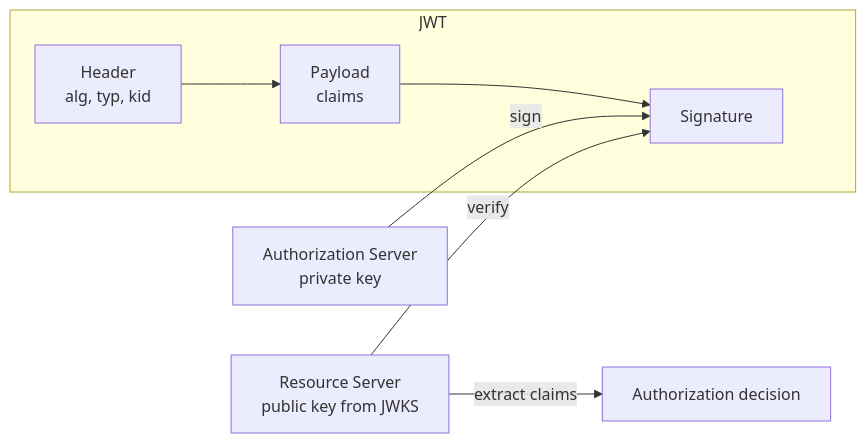
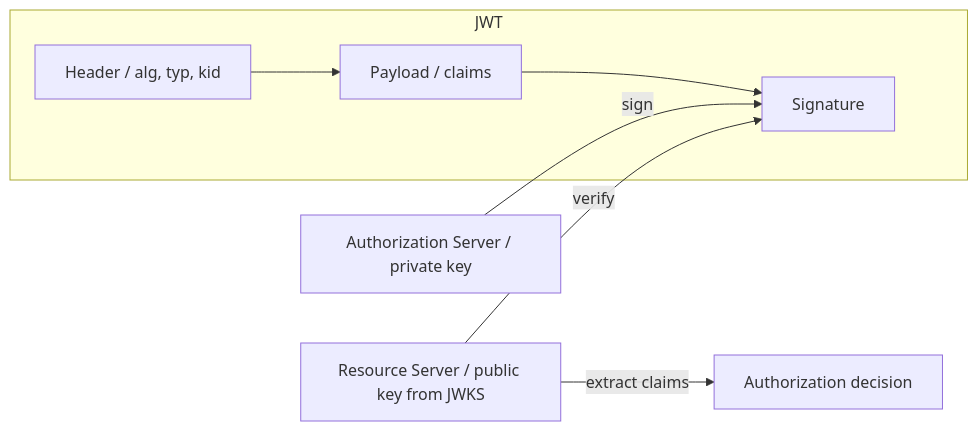
The seventh of 25 diagrams in 10-security/README.md (hareramcse/SystemDesign), drawn with Mermaid before and after one commit. The commit also changed other lines of this file and 14 other files, not shown here.

````diff
--- a/10-security/README.md
+++ b/10-security/README.md
@@ -488,12 +488,12 @@
 ```mermaid
 flowchart LR
     subgraph JWT
-        H[Header<br/>alg, typ, kid]
-        P[Payload<br/>claims]
+        H[Header / alg, typ, kid]
+        P[Payload / claims]
         S[Signature]
     end
     H --> P --> S
-    Issuer[Authorization Server<br/>private key] -->|sign| S
-    API[Resource Server<br/>public key from JWKS] -->|verify| S
+    Issuer[Authorization Server / private key] -->|sign| S
+    API[Resource Server / public key from JWKS] -->|verify| S
     API -->|extract claims| AuthZ[Authorization decision]
 ```
````
